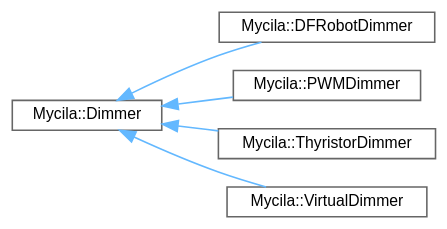
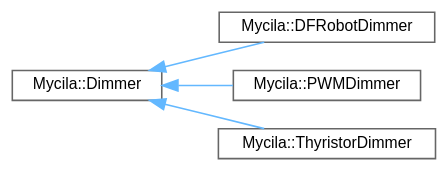
One commit to mathieucarbou/MycilaDimmer changed the diagram in docs/api/inherit_graph_3.dot. Above: the diagram before and after it, drawn with Graphviz. The commit also changed 22 other files, not shown here.

```diff
--- a/docs/api/inherit_graph_3.dot
+++ b/docs/api/inherit_graph_3.dot
@@ -1,17 +1,15 @@
 digraph "Graphical Class Hierarchy"
 {
  // LATEX_PDF_SIZE
   bgcolor="transparent";
   edge [fontname=Helvetica,fontsize=10,labelfontname=Helvetica,labelfontsize=10];
   node [fontname=Helvetica,fontsize=10,shape=box,height=0.2,width=0.4];
   rankdir="LR";
   Node0 [id="Node000000",label="Mycila::Dimmer",height=0.2,width=0.4,color="grey40", fillcolor="white", style="filled",URL="$class_mycila_1_1_dimmer.html",tooltip=" "];
   Node0 -> Node1 [id="edge1_Node000000_Node000001",dir="back",color="steelblue1",style="solid",tooltip=" "];
   Node1 [id="Node000001",label="Mycila::DFRobotDimmer",height=0.2,width=0.4,color="grey40", fillcolor="white", style="filled",URL="$class_mycila_1_1_d_f_robot_dimmer.html",tooltip="DFRobot DFR1071/DFR1073/DFR0971 I2C controlled 0-10V/0-5V dimmer implementation for voltage regulator..."];
   Node0 -> Node2 [id="edge2_Node000000_Node000002",dir="back",color="steelblue1",style="solid",tooltip=" "];
   Node2 [id="Node000002",label="Mycila::PWMDimmer",height=0.2,width=0.4,color="grey40", fillcolor="white", style="filled",URL="$class_mycila_1_1_p_w_m_dimmer.html",tooltip="PWM based dimmer implementation for voltage regulators controlled by a PWM signal to 0-10V analog con..."];
   Node0 -> Node3 [id="edge3_Node000000_Node000003",dir="back",color="steelblue1",style="solid",tooltip=" "];
   Node3 [id="Node000003",label="Mycila::ThyristorDimmer",height=0.2,width=0.4,color="grey40", fillcolor="white", style="filled",URL="$class_mycila_1_1_thyristor_dimmer.html",tooltip="Thyristor (TRIAC) based dimmer implementation for TRIAC and Random SSR dimmers."];
-  Node0 -> Node4 [id="edge4_Node000000_Node000004",dir="back",color="steelblue1",style="solid",tooltip=" "];
-  Node4 [id="Node000004",label="Mycila::VirtualDimmer",height=0.2,width=0.4,color="grey40", fillcolor="white", style="filled",URL="$class_mycila_1_1_virtual_dimmer.html",tooltip=" "];
 }
```
